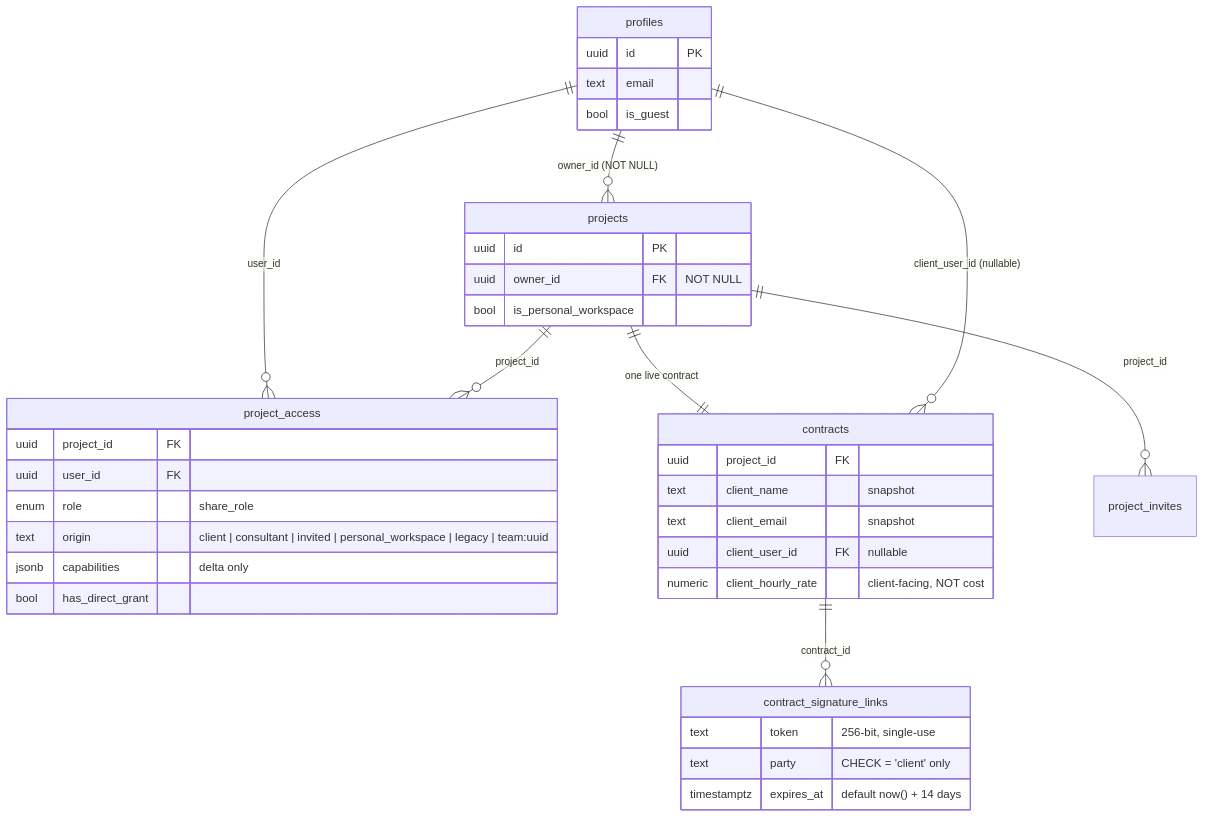
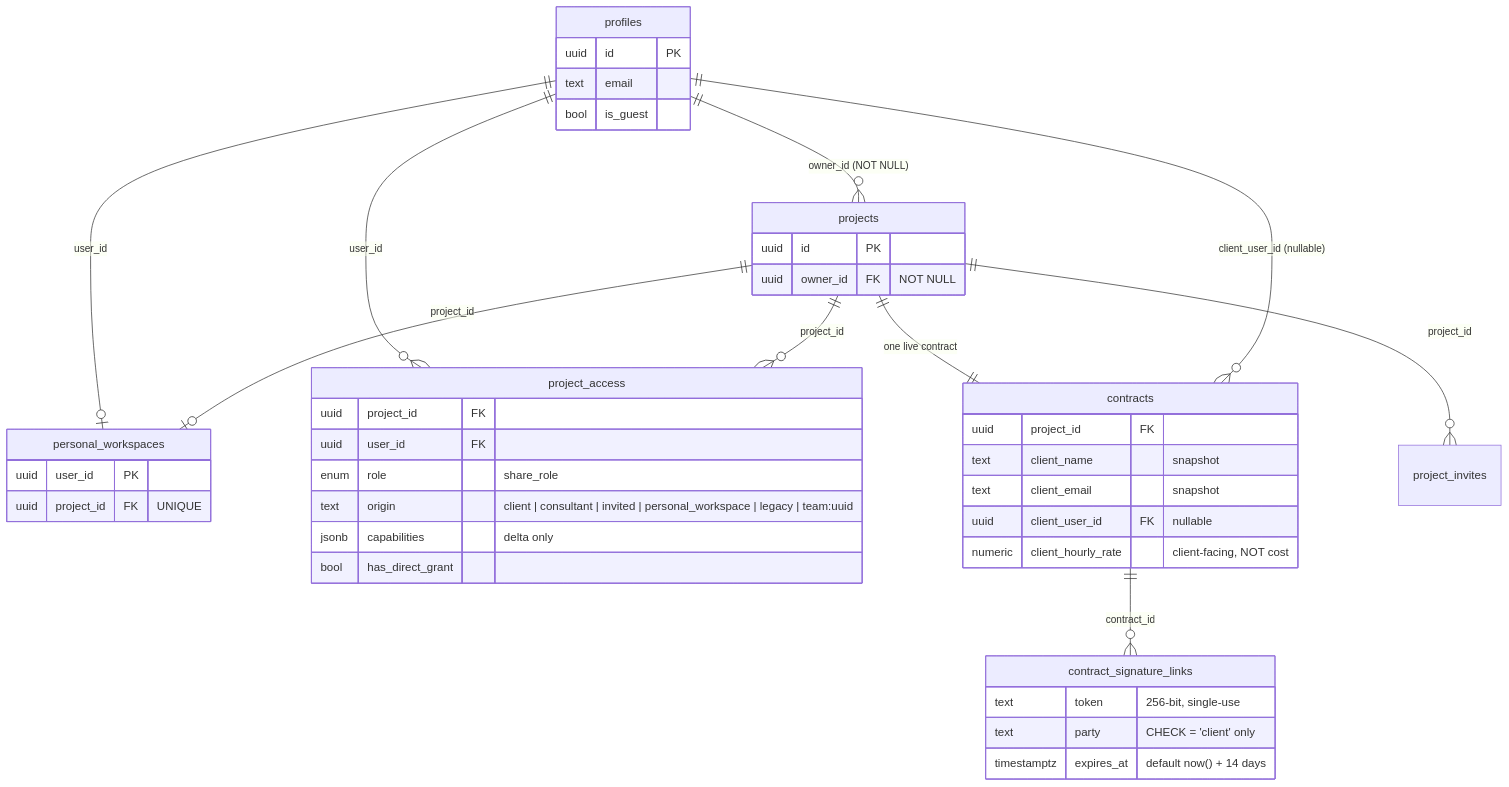
One commit to DavidBatoDev/proyekto changed the second of 2 diagrams in docs/11-domains/clients/client-structure.md. Above: the diagram before and after it, drawn with Mermaid. The commit also changed other lines of this file and 45 other files, not shown here.

````diff
--- a/docs/11-domains/clients/client-structure.md
+++ b/docs/11-domains/clients/client-structure.md
@@ -63,41 +63,46 @@
 ```mermaid
 erDiagram
     profiles ||--o{ projects : "owner_id (NOT NULL)"
+    profiles ||--o| personal_workspaces : user_id
+    projects ||--o| personal_workspaces : project_id
     profiles ||--o{ project_access : user_id
     projects ||--o{ project_access : project_id
     projects ||--|| contracts : "one live contract"
     profiles ||--o{ contracts : "client_user_id (nullable)"
     contracts ||--o{ contract_signature_links : contract_id
     projects ||--o{ project_invites : project_id
 
     profiles {
         uuid id PK
         text email
         bool is_guest
     }
     projects {
         uuid id PK
         uuid owner_id FK "NOT NULL"
-        bool is_personal_workspace
+    }
+    personal_workspaces {
+        uuid user_id PK
+        uuid project_id FK "UNIQUE"
     }
     project_access {
         uuid project_id FK
         uuid user_id FK
         enum role "share_role"
         text origin "client | consultant | invited | personal_workspace | legacy | team:uuid"
         jsonb capabilities "delta only"
         bool has_direct_grant
     }
     contracts {
         uuid project_id FK
         text client_name "snapshot"
         text client_email "snapshot"
         uuid client_user_id FK "nullable"
         numeric client_hourly_rate "client-facing, NOT cost"
     }
     contract_signature_links {
         text token "256-bit, single-use"
         text party "CHECK = 'client' only"
         timestamptz expires_at "default now() + 14 days"
     }
 ```
````
